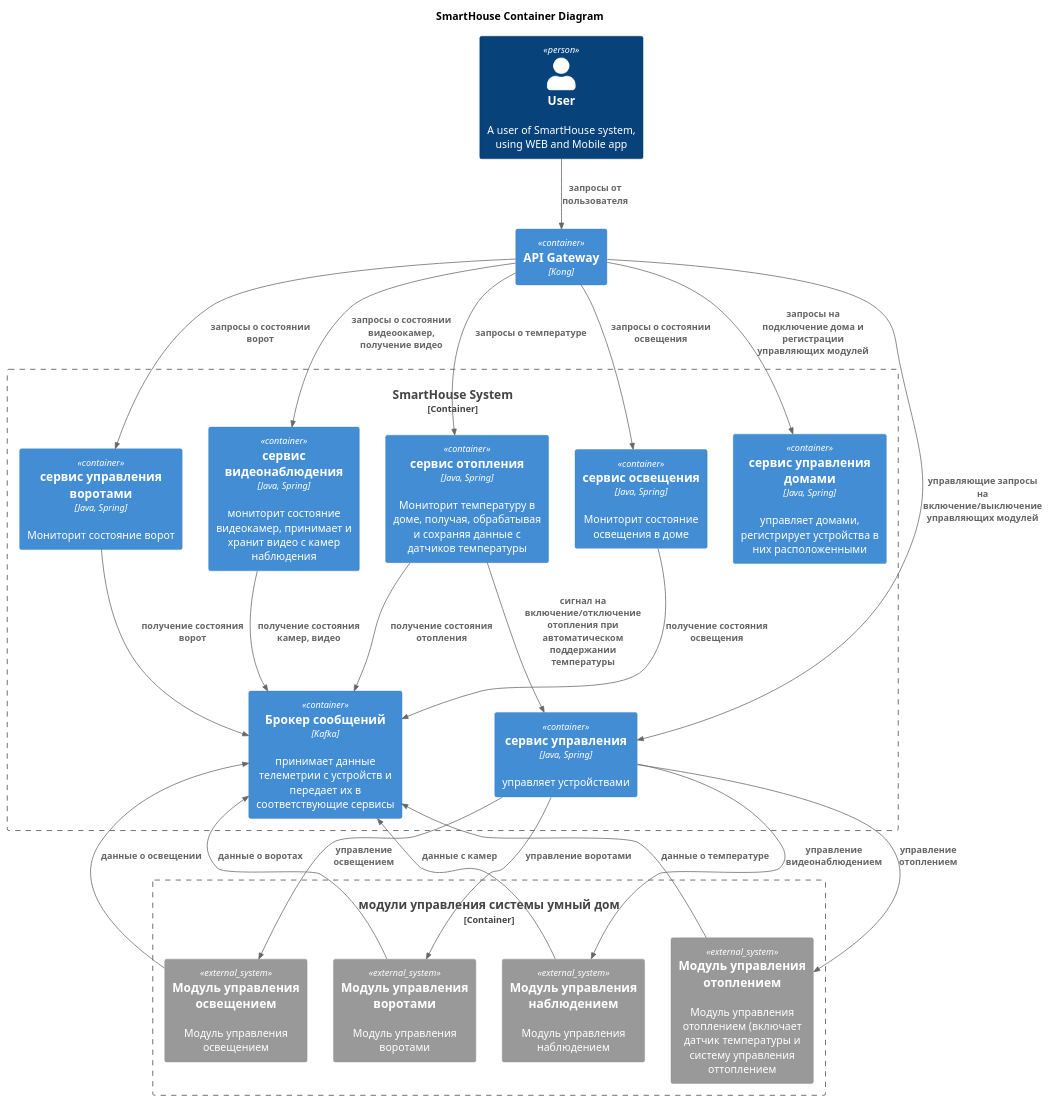
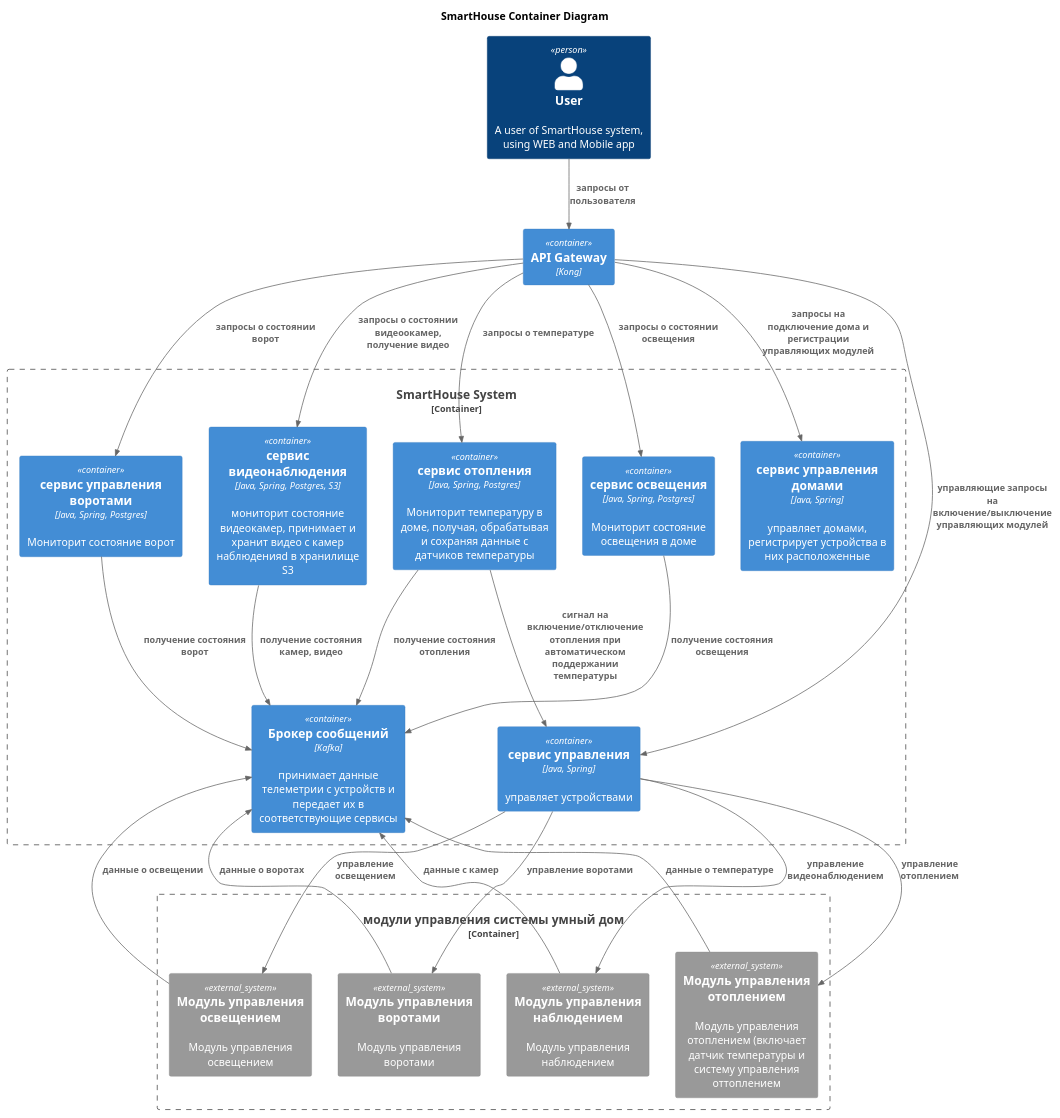
One commit to tinyakovru/architecture-sprint-3 changed the diagram in docs/ex1_2/containers.puml. Above: the diagram before and after it, drawn with PlantUML. The commit also changed 1 other file, not shown here.

```diff
--- a/docs/ex1_2/containers.puml
+++ b/docs/ex1_2/containers.puml
@@ -1,54 +1,54 @@
 @startuml
 title SmartHouse Container Diagram
 
 top to bottom direction
 
 !includeurl https://raw.githubusercontent.com/RicardoNiepel/C4-PlantUML/master/C4_Component.puml
 
 Person(user, "User", "A user of SmartHouse system, using WEB and Mobile app")
 
 Container(APIGateway, "API Gateway", Kong)
 
 Container_Boundary(SmartHouse, "SmartHouse System") {
-  Container(отопление, "сервис отопления", "Java, Spring", "Мониторит температуру в доме, получая, обрабатывая и сохраняя данные с датчиков температуры")
-  Container(освещение, "сервис освещения", "Java, Spring", "Мониторит состояние освещения в доме")
-  Container(ворота, "сервис управления воротами", "Java, Spring", "Мониторит состояние ворот")
-  Container(наблюдение, "сервис видеонаблюдения", "Java, Spring", "мониторит состояние видеокамер, принимает и хранит видео с камер наблюдения")
-  Container(дом, "сервис управления домами", "Java, Spring", "управляет домами, регистрирует устройства в них расположенными")
+  Container(отопление, "сервис отопления", "Java, Spring, Postgres", "Мониторит температуру в доме, получая, обрабатывая и сохраняя данные с датчиков температуры")
+  Container(освещение, "сервис освещения", "Java, Spring, Postgres", "Мониторит состояние освещения в доме")
+  Container(ворота, "сервис управления воротами", "Java, Spring, Postgres", "Мониторит состояние ворот")
+  Container(наблюдение, "сервис видеонаблюдения", "Java, Spring, Postgres, S3", "мониторит состояние видеокамер, принимает и хранит видео с камер наблюденияd в хранилище S3")
+  Container(дом, "сервис управления домами", "Java, Spring", "управляет домами, регистрирует устройства в них расположенные")
   Container(управление, "сервис управления", "Java, Spring", "управляет устройствами")
   Container(kafka, "Брокер сообщений", "Kafka", "принимает данные телеметрии с устройств и передает их в соответствующие сервисы")
   
 }
 
 Container_Boundary(датчики, "модули управления системы умный дом") {
     System_Ext(heatingModule, "Модуль управления отоплением", "Модуль управления отоплением (включает датчик температуры и систему управления оттоплением")
     System_Ext(lightingModule, "Модуль управления освещением", "Модуль управления освещением")
     System_Ext(gateModule, "Модуль управления воротами", "Модуль управления воротами")
     System_Ext(videoModule, "Модуль управления наблюдением", "Модуль управления наблюдением")
 }
 
 Rel(user, APIGateway, "запросы от пользователя")
 Rel(APIGateway, отопление, "запросы о температуре")
 Rel(APIGateway, освещение, "запросы о состоянии освещения")
 Rel(APIGateway, ворота, "запросы о состоянии ворот")
 Rel(APIGateway, наблюдение, "запросы о состоянии видеоокамер, получение видео")
 Rel(APIGateway, дом, "запросы на подключение дома и регистрации управляющих модулей")
 Rel(APIGateway, управление, "управляющие запросы на включение/выключение управляющих модулей")
 Rel(отопление, kafka, "получение состояния отопления")
 Rel(освещение, kafka, "получение состояния освещения")
 Rel(ворота, kafka, "получение состояния ворот")
 Rel(наблюдение, kafka, "получение состояния камер, видео")
 Rel(heatingModule, kafka, "данные о температуре")
 Rel(lightingModule, kafka, "данные о освещении")
 Rel(gateModule, kafka, "данные о воротах")
 Rel(videoModule, kafka, "данные с камер")
 
 Rel(управление, heatingModule, "управление отоплением")
 Rel(управление, lightingModule, "управление освещением")
 Rel(управление, gateModule, "управление воротами")
 Rel(управление, videoModule, "управление видеонаблюдением")
 
 Rel(отопление, управление, "сигнал на включение/отключение отопления при автоматическом поддержании температуры")
 
 
 @enduml
```
